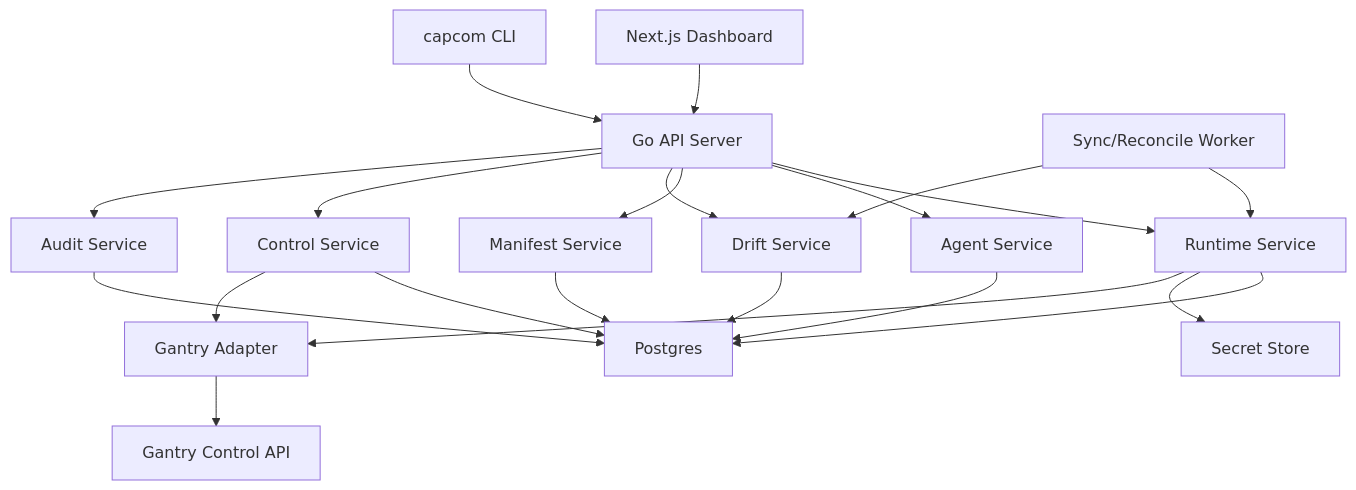
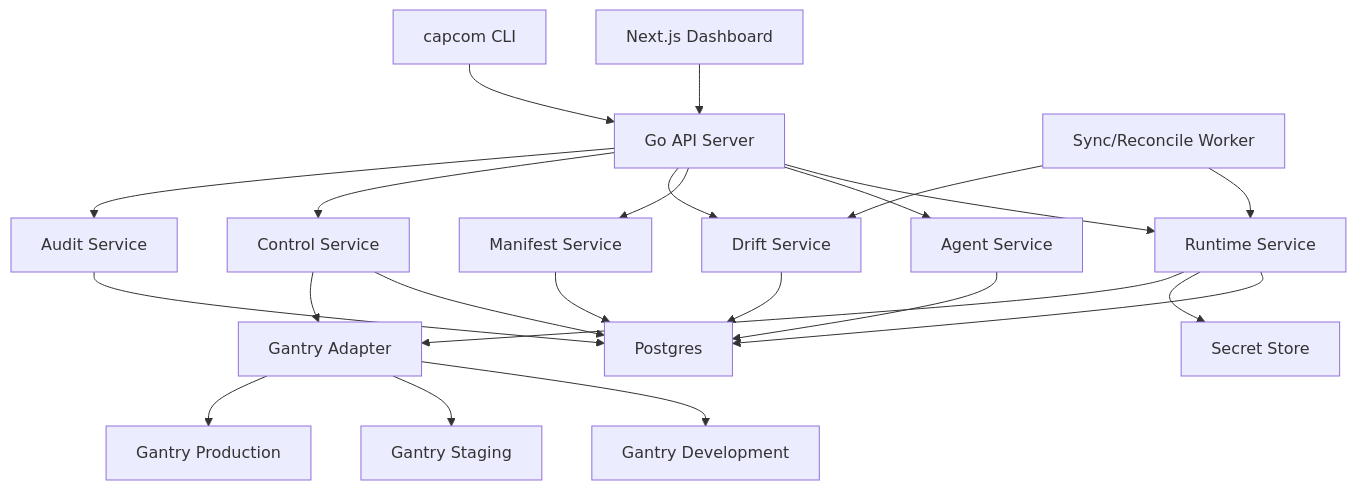
The first of 3 diagrams in docs/v1/01-architecture-overview.md (kl-rahulanand/capcom), drawn with Mermaid before and after one commit. The commit also changed other lines of this file and 88 other files, not shown here.

````diff
--- a/docs/v1/01-architecture-overview.md
+++ b/docs/v1/01-architecture-overview.md
@@ -19,38 +19,42 @@
 ```mermaid
 flowchart TD
     UI["Next.js Dashboard"]
     CLI["capcom CLI"]
     API["Go API Server"]
     DB["Postgres"]
     Secrets["Secret Store"]
     RuntimeSvc["Runtime Service"]
     AgentSvc["Agent Service"]
     ManifestSvc["Manifest Service"]
     DriftSvc["Drift Service"]
     ControlSvc["Control Service"]
     AuditSvc["Audit Service"]
     Worker["Sync/Reconcile Worker"]
     Adapter["Gantry Adapter"]
-    Gantry["Gantry Control API"]
+    GantryDev["Gantry Development"]
+    GantryStage["Gantry Staging"]
+    GantryProd["Gantry Production"]
 
     UI --> API
     CLI --> API
     API --> RuntimeSvc
     API --> AgentSvc
     API --> ManifestSvc
     API --> DriftSvc
     API --> ControlSvc
     API --> AuditSvc
     RuntimeSvc --> DB
     AgentSvc --> DB
     ManifestSvc --> DB
     DriftSvc --> DB
     ControlSvc --> DB
     AuditSvc --> DB
     RuntimeSvc --> Secrets
     ControlSvc --> Adapter
     RuntimeSvc --> Adapter
-    Adapter --> Gantry
+    Adapter --> GantryDev
+    Adapter --> GantryStage
+    Adapter --> GantryProd
     Worker --> RuntimeSvc
     Worker --> DriftSvc
 ```
````
